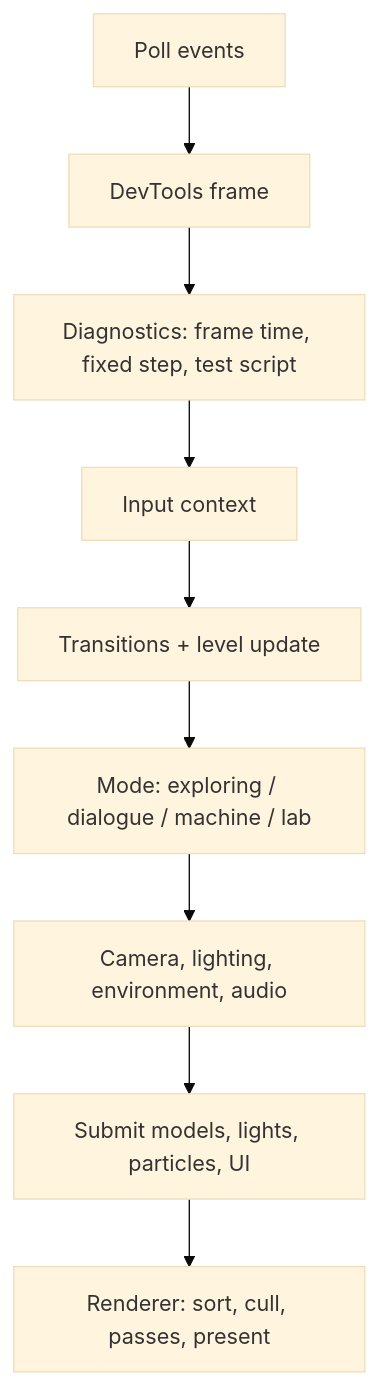
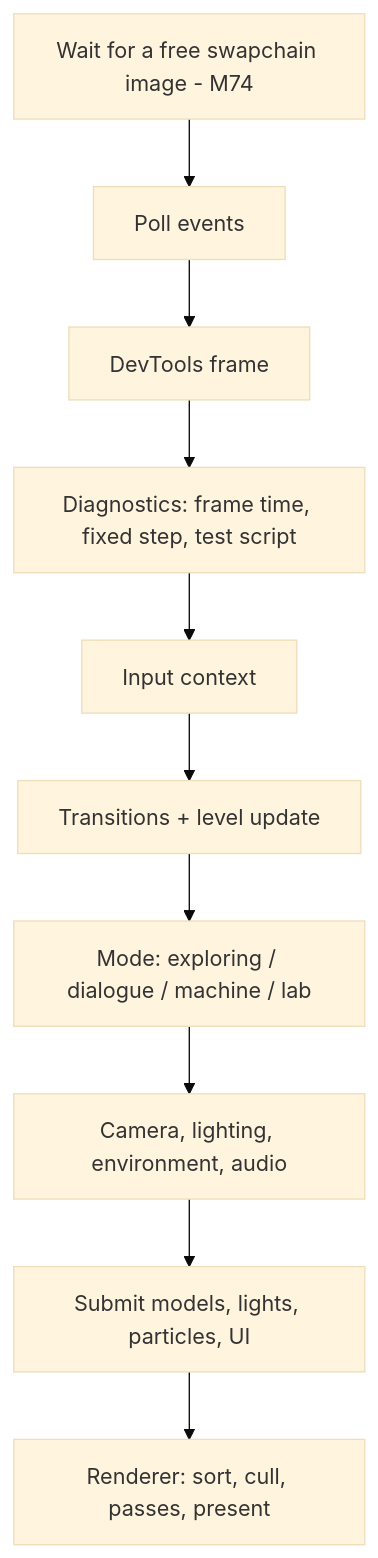
Before and after one commit to fgdoliveira/AtomEngine: the third of 6 diagrams in docs/Architecture.md, drawn with Mermaid (base theme). The commit also changed other lines of this file and 20 other files, not shown here.

````diff
--- a/docs/Architecture.md
+++ b/docs/Architecture.md
@@ -77,11 +77,12 @@
 ```mermaid
 flowchart TD
-    Events[Poll events] --> Tools[DevTools frame]
+    Wait[Wait for a free swapchain image - M74] --> Events[Poll events]
+    Events --> Tools[DevTools frame]
     Tools --> Diag[Diagnostics: frame time, fixed step, test script]
     Diag --> Context[Input context]
     Context --> Levels[Transitions + level update]
     Levels --> Mode[Mode: exploring / dialogue / machine / lab]
     Mode --> Prep[Camera, lighting, environment, audio]
     Prep --> Submit[Submit models, lights, particles, UI]
     Submit --> Render[Renderer: sort, cull, passes, present]
 ```
````
